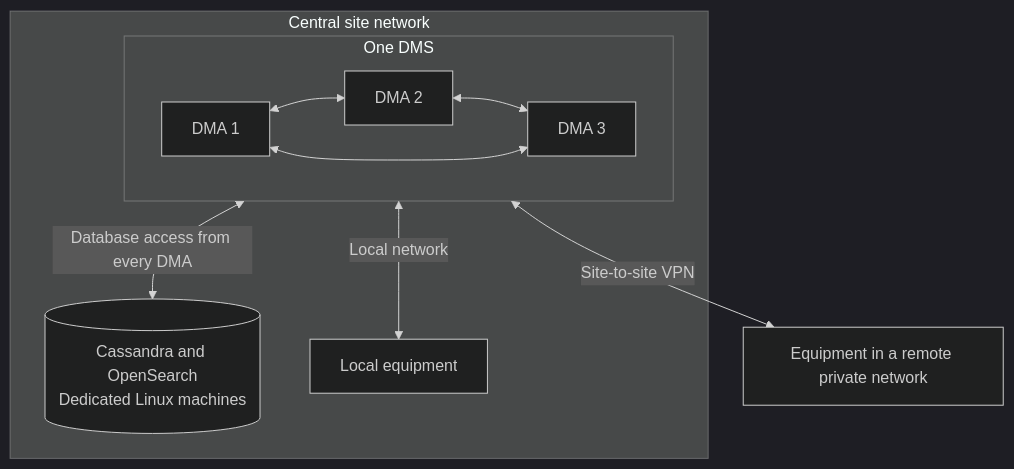
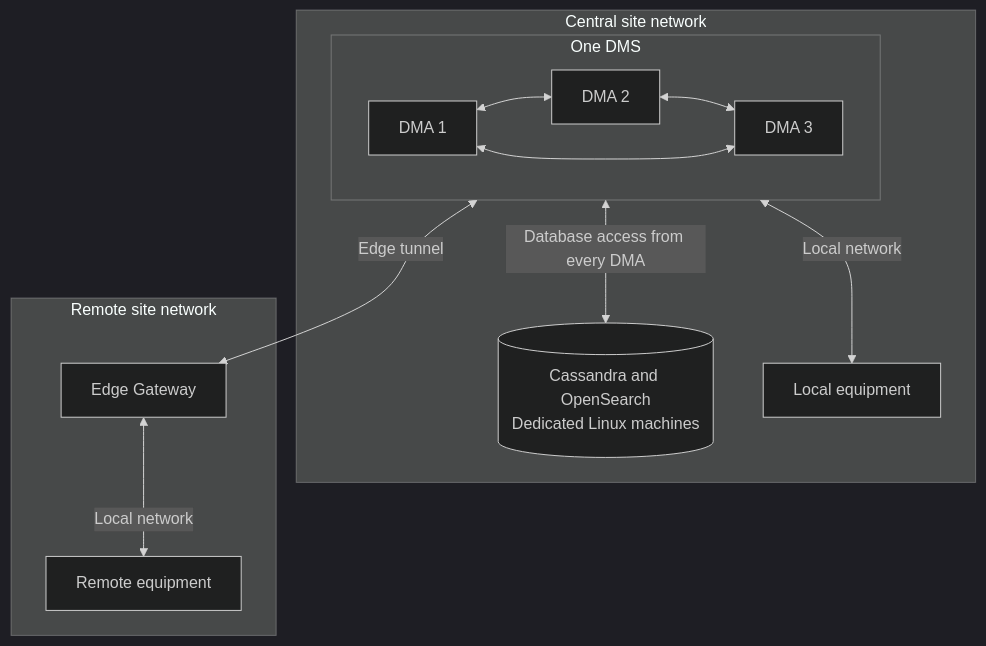
The second of 2 diagrams in dataminer/About_DataMiner/System_architectures/Topologies/Architecture_centralized_cluster.md (SkylineCommunications/dataminer-docs), drawn with Mermaid (dark theme) before and after one commit. The commit also changed other lines of this file and 9 other files, not shown here.

Commit message:
Clarify cloud-hosted DaaS and connectivity diagrams

````diff
--- a/dataminer/About_DataMiner/System_architectures/Topologies/Architecture_centralized_cluster.md
+++ b/dataminer/About_DataMiner/System_architectures/Topologies/Architecture_centralized_cluster.md
@@ -63,19 +52,23 @@
 ```mermaid
 flowchart TB
     subgraph Site["Central site network"]
         subgraph DMS["One DMS"]
             A["DMA 1"]
             B["DMA 2"]
             C["DMA 3"]
             A <--> B
             B <--> C
             A <--> C
         end
         DB[("Cassandra and OpenSearch<br/>Dedicated Linux machines")]
         Local["Local equipment"]
     end
-    Remote["Equipment in a remote private network"]
+    subgraph Remote["Remote site network"]
+        G["Edge Gateway"]
+        RE["Remote equipment"]
+    end
     DMS <-->|"Database access from every DMA"| DB
     DMS <-->|"Local network"| Local
-    DMS <-->|"Site-to-site VPN"| Remote
+    DMS <-->|"Edge tunnel"| G
+    G <-->|"Local network"| RE
 ```
````
